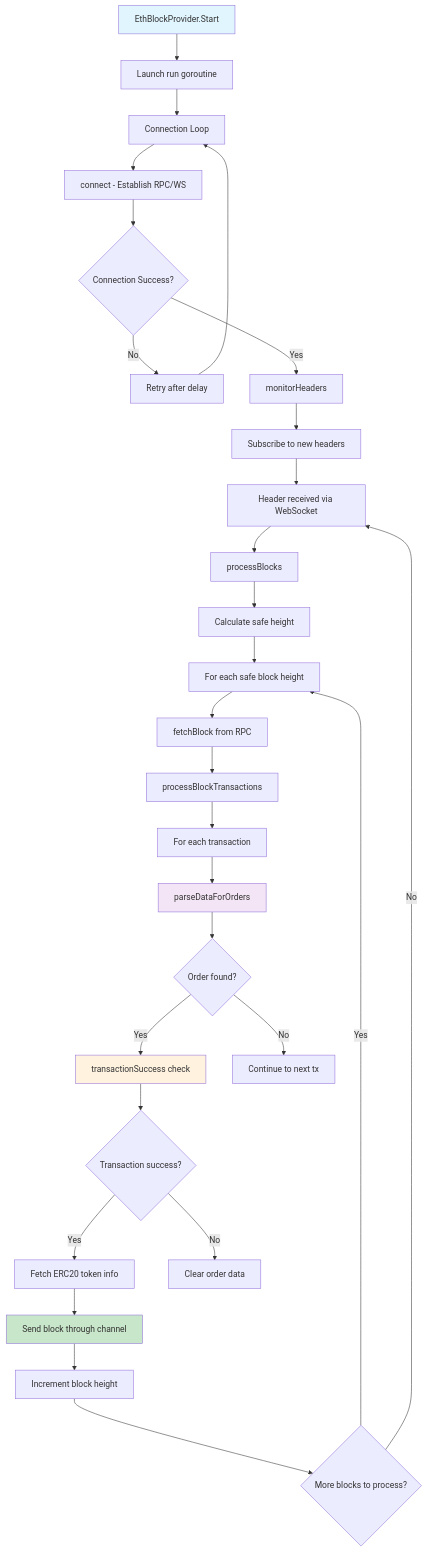
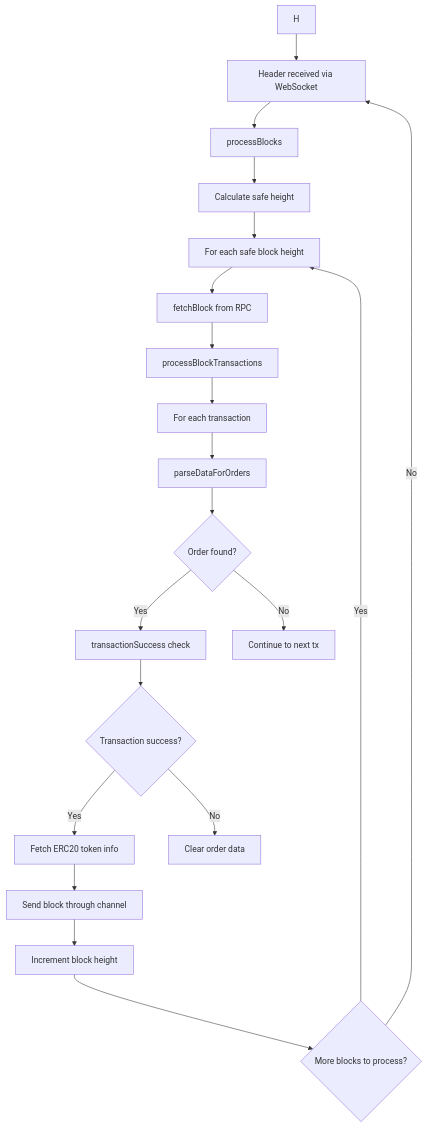
One commit to canopy-network/canopy changed the first of 6 diagrams in cmd/rpc/oracle/eth/ETH_FLOW_2.md. Above: the diagram before and after it, drawn with Mermaid. The commit also changed 1 other file, not shown here.

````diff
--- a/cmd/rpc/oracle/eth/ETH_FLOW_2.md
+++ b/cmd/rpc/oracle/eth/ETH_FLOW_2.md
@@ -10,35 +10,22 @@
 ```mermaid
 graph TD
-    A[EthBlockProvider.Start] --> B[Launch run goroutine]
-    B --> C[Connection Loop]
-    C --> D[connect - Establish RPC/WS]
-    D --> E{Connection Success?}
-    E -->|No| F[Retry after delay]
-    F --> C
-    E -->|Yes| G[monitorHeaders]
-    G --> H[Subscribe to new headers]
     H --> I[Header received via WebSocket]
     I --> J[processBlocks]
     J --> K[Calculate safe height]
     K --> L[For each safe block height]
     L --> M[fetchBlock from RPC]
     M --> N[processBlockTransactions]
     N --> O[For each transaction]
     O --> P[parseDataForOrders]
     P --> Q{Order found?}
     Q -->|Yes| R[transactionSuccess check]
     Q -->|No| S[Continue to next tx]
     R --> T{Transaction success?}
     T -->|Yes| U[Fetch ERC20 token info]
     T -->|No| V[Clear order data]
     U --> W[Send block through channel]
     W --> X[Increment block height]
     X --> Y{More blocks to process?}
     Y -->|Yes| L
     Y -->|No| I
-    
-    style A fill:#e1f5fe
-    style W fill:#c8e6c9
-    style R fill:#fff3e0
-    style P fill:#f3e5f5
 ```
````
